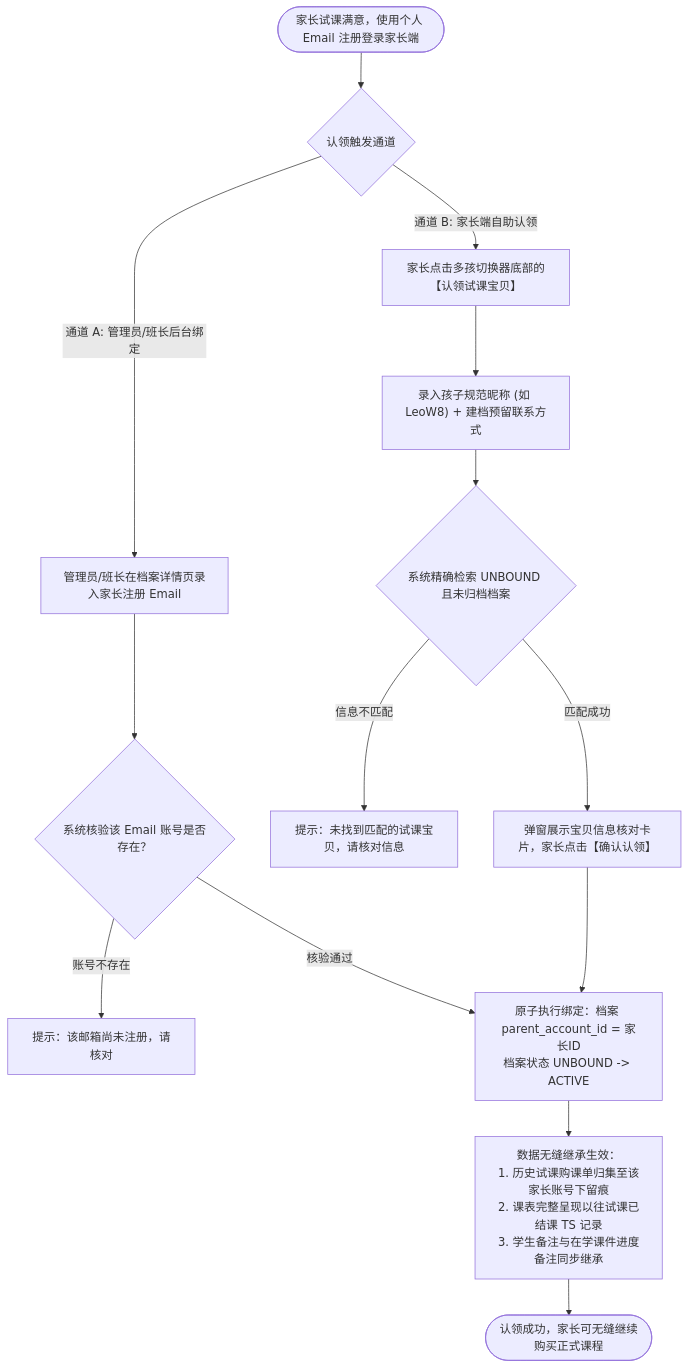
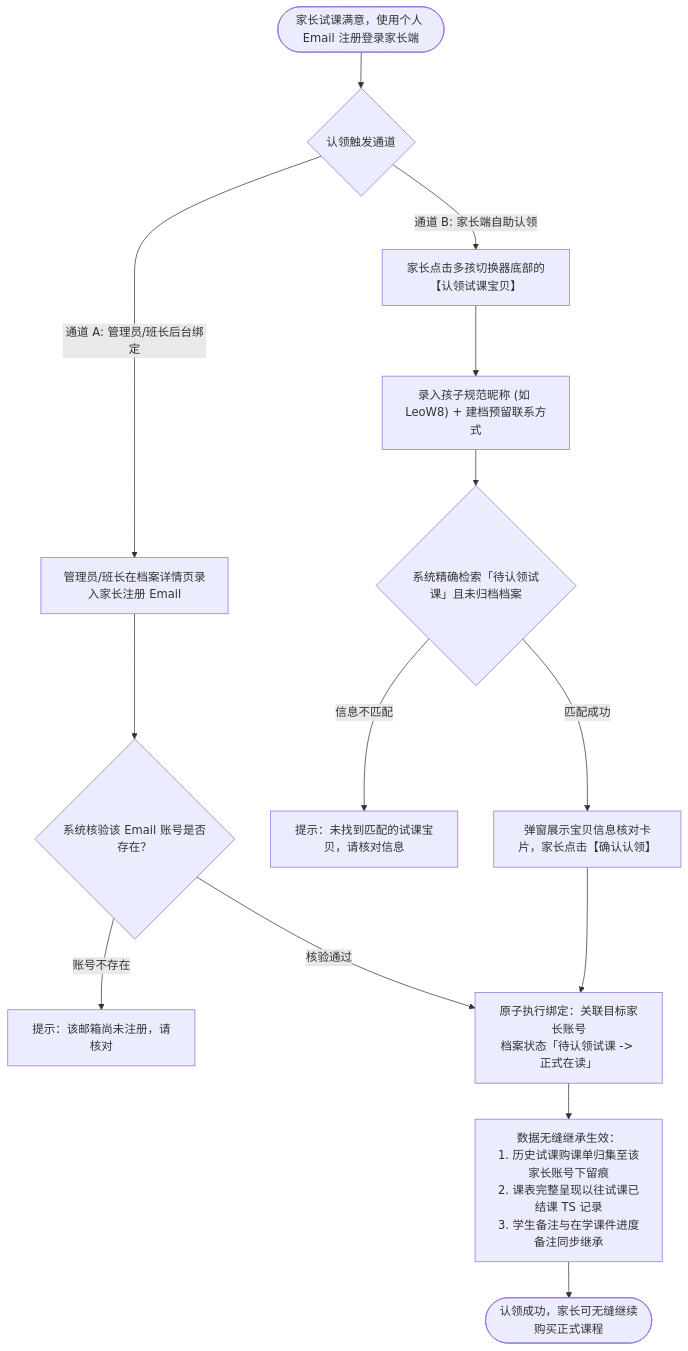
Before and after one commit to Onezao/dream: the third of 6 diagrams in docs/prd/m1a_student_profile.md, drawn with Mermaid. The commit also changed other lines of this file and 38 other files, not shown here.

````diff
--- a/docs/prd/m1a_student_profile.md
+++ b/docs/prd/m1a_student_profile.md
@@ -101,19 +105,19 @@
 ```mermaid
 flowchart TD
     ParentReg(["家长试课满意，使用个人 Email 注册登录家长端"]) --> ChoosePath{"认领触发通道"}
     
     ChoosePath -->|"通道 A: 管理员/班长后台绑定"| AdminInput["管理员/班长在档案详情页录入家长注册 Email"]
     AdminInput --> VerifyAccount{"系统核验该 Email 账号是否存在？"}
     VerifyAccount -->|"账号不存在"| AlertNotFound["提示：该邮箱尚未注册，请核对"]
-    VerifyAccount -->|"核验通过"| ExecuteBind["原子执行绑定：档案 parent_account_id = 家长ID<br/>档案状态 UNBOUND -> ACTIVE"]
+    VerifyAccount -->|"核验通过"| ExecuteBind["原子执行绑定：关联目标家长账号<br/>档案状态「待认领试课 -> 正式在读」"]
 
     ChoosePath -->|"通道 B: 家长端自助认领"| ParentSelfClaim["家长点击多孩切换器底部的【认领试课宝贝】"]
     ParentSelfClaim --> InputClaimCode["录入孩子规范昵称 (如 LeoW8) + 建档预留联系方式"]
-    InputClaimCode --> MatchRecord{"系统精确检索 UNBOUND 且未归档档案"}
+    InputClaimCode --> MatchRecord{"系统精确检索「待认领试课」且未归档档案"}
     MatchRecord -->|"信息不匹配"| AlertMismatch["提示：未找到匹配的试课宝贝，请核对信息"]
     MatchRecord -->|"匹配成功"| ConfirmClaimModal["弹窗展示宝贝信息核对卡片，家长点击【确认认领】"]
     ConfirmClaimModal --> ExecuteBind
 
     ExecuteBind --> InheritAssets["数据无缝继承生效：<br/>1. 历史试课购课单归集至该家长账号下留痕<br/>2. 课表完整呈现以往试课已结课 TS 记录<br/>3. 学生备注与在学课件进度备注同步继承"]
     InheritAssets --> FinishClaim(["认领成功，家长可无缝继续购买正式课程"])
 ```
````
